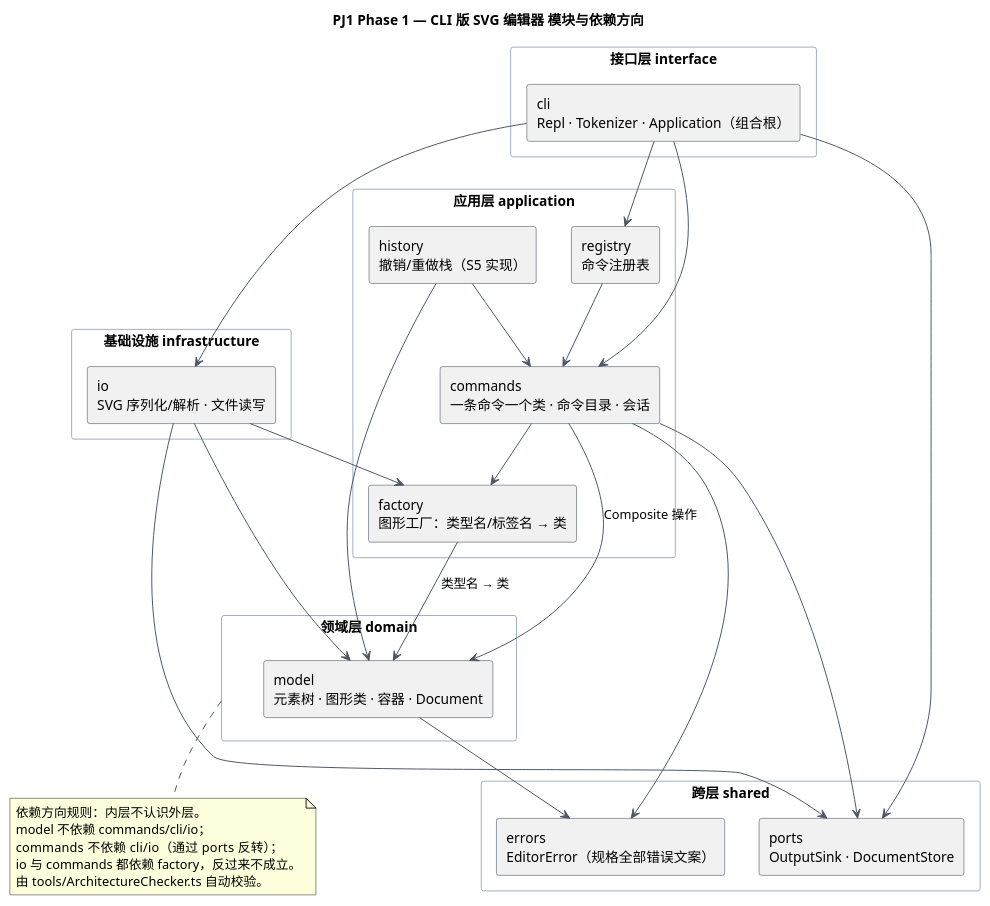
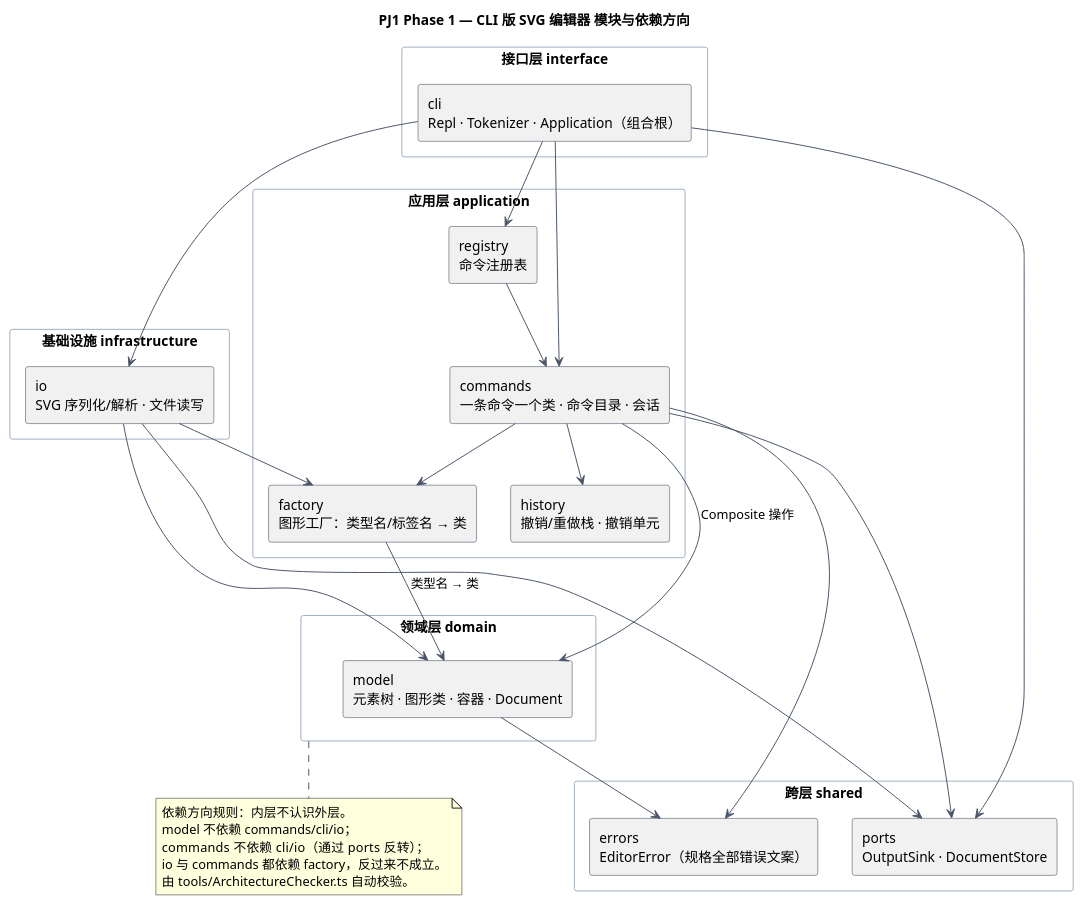
The diagram in docs/architecture.puml (christina252/pj1-svg-editor), drawn with PlantUML before and after one commit. The commit also changed 29 other files, not shown here.

```diff
--- a/docs/architecture.puml
+++ b/docs/architecture.puml
@@ -1,61 +1,60 @@
 @startuml PJ1 CLI SVG Editor — 组件图
 skinparam backgroundColor #FFFFFF
 skinparam shadowing false
 skinparam defaultFontName SansSerif
 skinparam packageStyle rectangle
 skinparam componentStyle rectangle
 skinparam ArrowColor #4A5568
 skinparam ComponentBorderColor #2D3748
 skinparam PackageBorderColor #A0AEC0
 
 title PJ1 Phase 1 — CLI 版 SVG 编辑器 模块与依赖方向
 
 package "接口层 interface" as iface {
   [cli\nRepl · Tokenizer · Application（组合根）] as cli
 }
 
 package "应用层 application" as app {
   [commands\n一条命令一个类 · 命令目录 · 会话] as commands
-  [history\n撤销/重做栈（S5 实现）] as history
+  [history\n撤销/重做栈 · 撤销单元] as history
   [registry\n命令注册表] as registry
   [factory\n图形工厂：类型名/标签名 → 类] as factory
 }
 
 package "领域层 domain" as domain {
   [model\n元素树 · 图形类 · 容器 · Document] as model
 }
 
 package "基础设施 infrastructure" as infra {
   [io\nSVG 序列化/解析 · 文件读写] as io
 }
 
 package "跨层 shared" as shared {
   [ports\nOutputSink · DocumentStore] as ports
   [errors\nEditorError（规格全部错误文案）] as errors
 }
 
 cli --> commands
 cli --> registry
 cli --> io
 cli --> ports
 commands --> model : Composite 操作
 commands --> ports
 commands --> errors
 commands --> factory
+commands --> history
 registry --> commands
-history --> commands
-history --> model
 factory --> model : 类型名 → 类
 io --> model
 io --> ports
 io --> factory
 model --> errors
 
 note bottom of domain
   依赖方向规则：内层不认识外层。
   model 不依赖 commands/cli/io；
   commands 不依赖 cli/io（通过 ports 反转）；
   io 与 commands 都依赖 factory，反过来不成立。
   由 tools/ArchitectureChecker.ts 自动校验。
 end note
 @enduml
```
